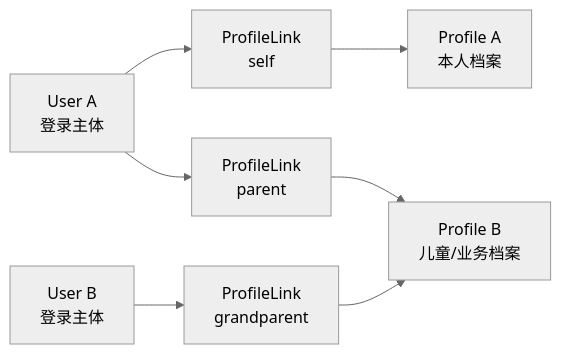
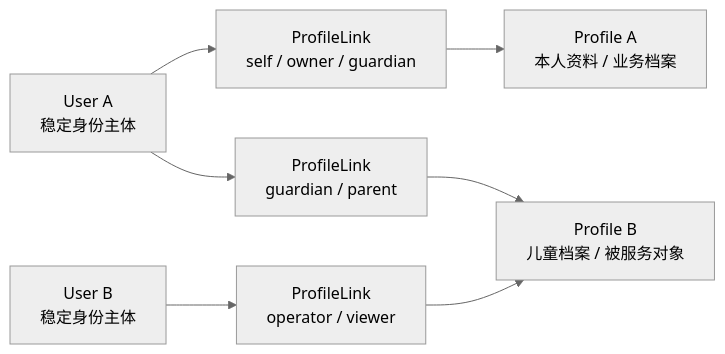
One commit to FangcunMount/iam changed the second of 3 diagrams in docs/04-身份Identity/README.md. Above: the diagram before and after it, drawn with Mermaid (neutral theme). The commit also changed other lines of this file and 7 other files, not shown here.

````diff
--- a/docs/04-身份Identity/README.md
+++ b/docs/04-身份Identity/README.md
@@ -211,16 +270,16 @@
 ```mermaid
 flowchart LR
-    UserA["User A<br/>登录主体"]
-    UserB["User B<br/>登录主体"]
+    UserA["User A<br/>稳定身份主体"]
+    UserB["User B<br/>稳定身份主体"]
 
-    Link1["ProfileLink<br/>self"]
-    Link2["ProfileLink<br/>parent"]
-    Link3["ProfileLink<br/>grandparent"]
+    Link1["ProfileLink<br/>self / owner / guardian"]
+    Link2["ProfileLink<br/>guardian / parent"]
+    Link3["ProfileLink<br/>operator / viewer"]
 
-    ProfileA["Profile A<br/>本人档案"]
-    ProfileB["Profile B<br/>儿童/业务档案"]
+    ProfileA["Profile A<br/>本人资料 / 业务档案"]
+    ProfileB["Profile B<br/>儿童档案 / 被服务对象"]
 
     UserA --> Link1 --> ProfileA
     UserA --> Link2 --> ProfileB
     UserB --> Link3 --> ProfileB
 ```
````
